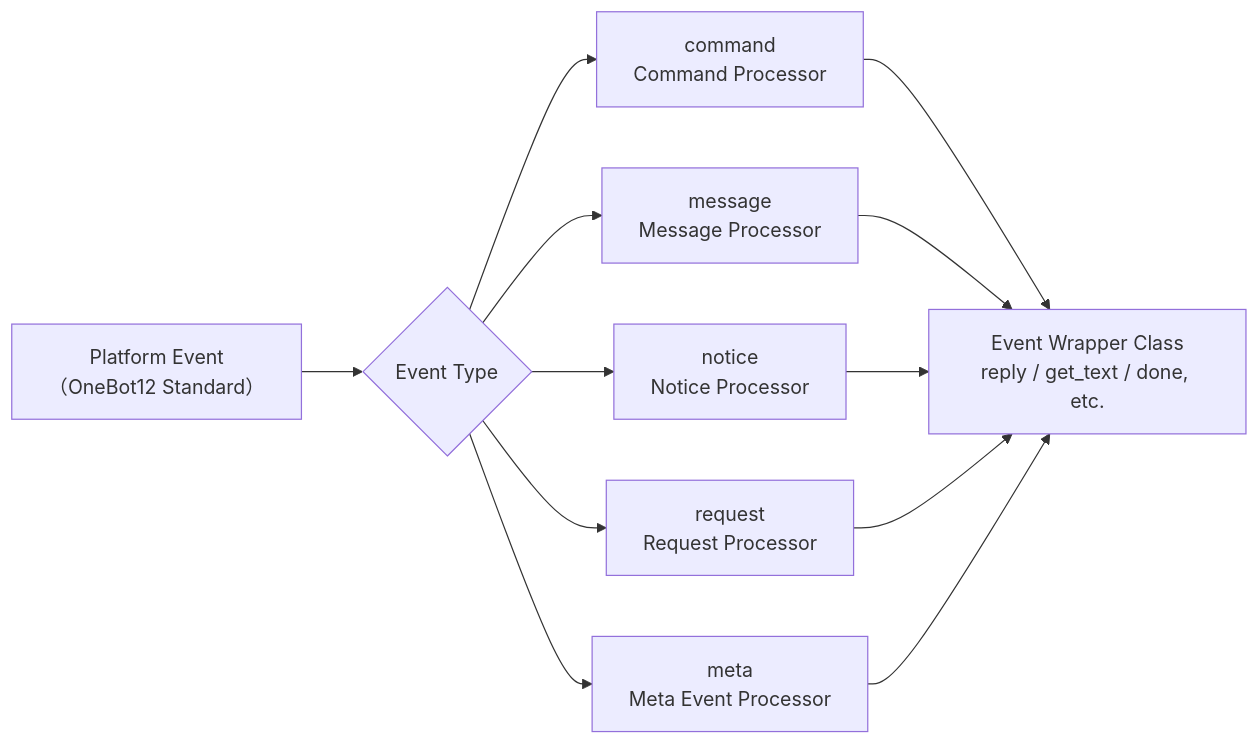
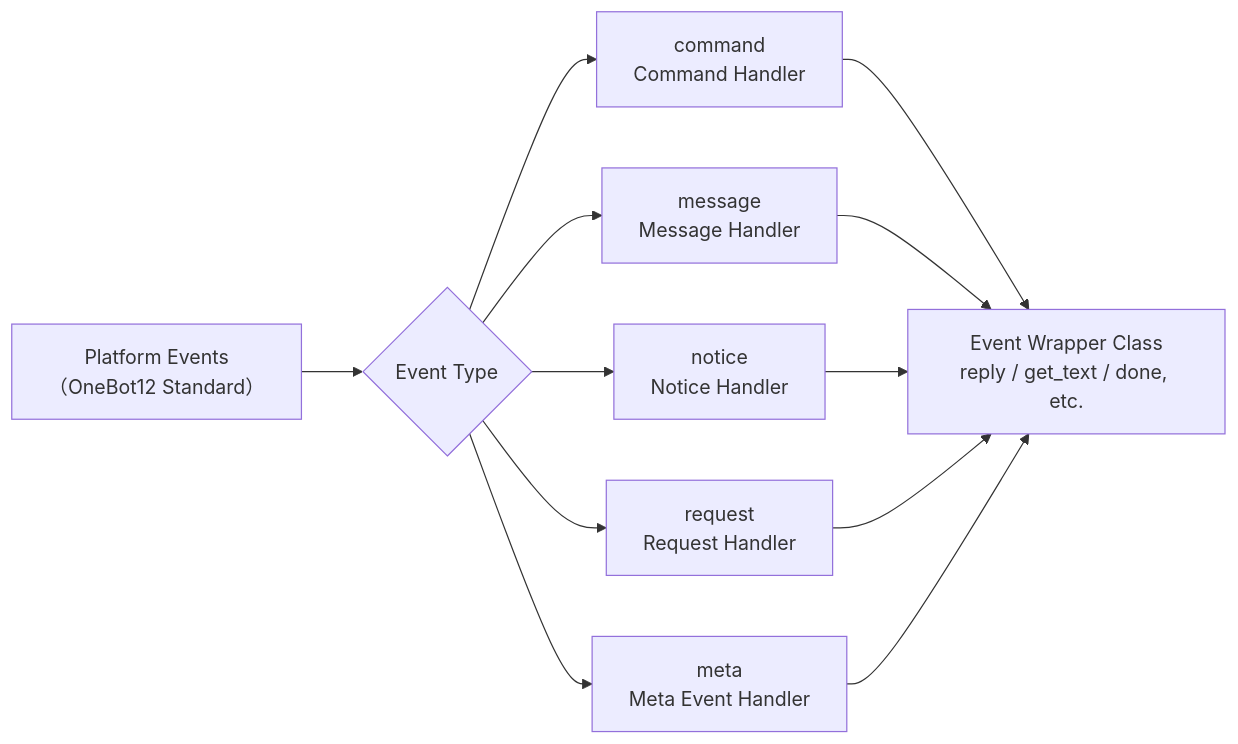
Before and after one commit to ErisPulse/ErisPulse: the diagram in docs/en/api-reference/event-system.md, drawn with Mermaid. The commit also changed other lines of this file and 23 other files, not shown here.

````diff
--- a/docs/en/api-reference/event-system.md
+++ b/docs/en/api-reference/event-system.md
@@ -7,10 +7,10 @@
 ```mermaid
 flowchart LR
-    A["Platform Event<br/>（OneBot12 Standard）"] --> B{"Event Type"}
-    B --> C["command<br/>Command Processor"]
-    B --> D["message<br/>Message Processor"]
-    B --> E["notice<br/>Notice Processor"]
-    B --> F["request<br/>Request Processor"]
-    B --> G["meta<br/>Meta Event Processor"]
+    A["Platform Events<br/>（OneBot12 Standard）"] --> B{"Event Type"}
+    B --> C["command<br/>Command Handler"]
+    B --> D["message<br/>Message Handler"]
+    B --> E["notice<br/>Notice Handler"]
+    B --> F["request<br/>Request Handler"]
+    B --> G["meta<br/>Meta Event Handler"]
     C & D & E & F & G --> H["Event Wrapper Class<br/>reply / get_text / done, etc."]
 ```
````
